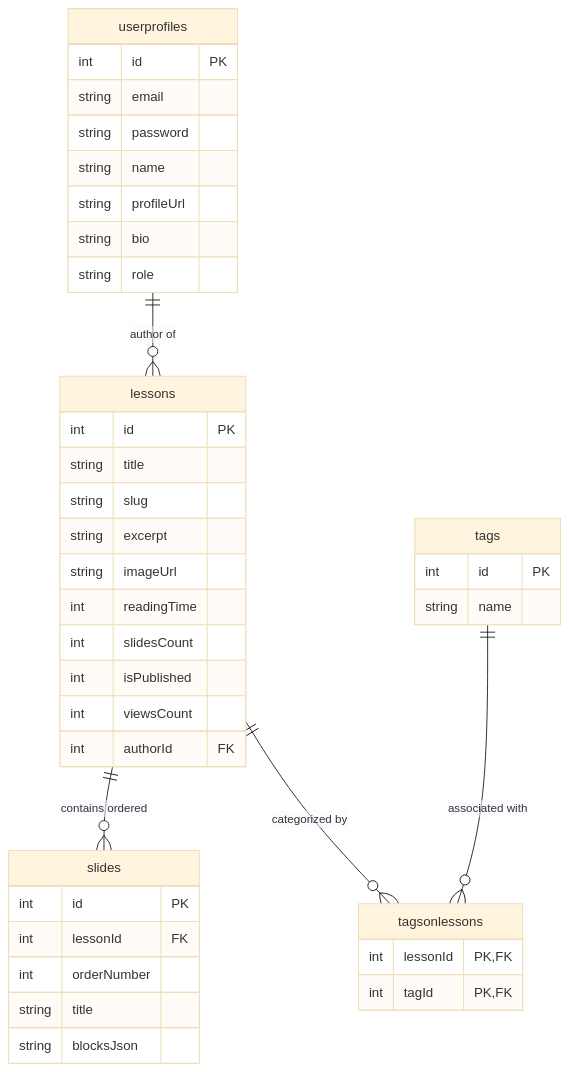
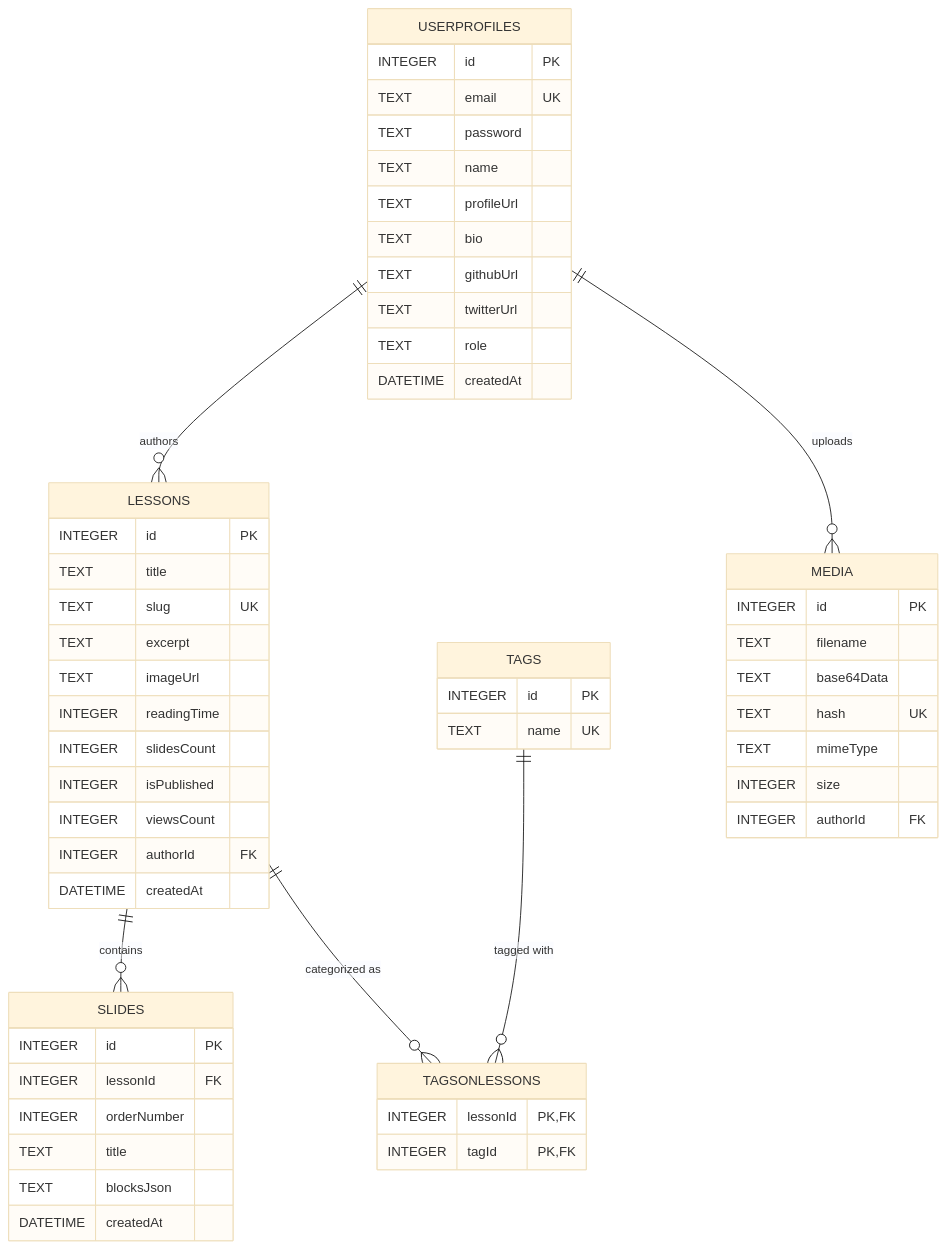
Before and after one commit to phaneendra73/notes: the diagram in README.md, drawn with Mermaid (base theme). The commit also changed other lines of this file and 7 other files, not shown here.

````diff
--- a/README.md
+++ b/README.md
@@ -103,48 +132,64 @@
 ```mermaid
 erDiagram
-    userprofiles ||--o{ lessons : "author of"
-    lessons ||--o{ slides : "contains ordered"
-    lessons ||--o{ tagsonlessons : "categorized by"
-    tags ||--o{ tagsonlessons : "associated with"
+    USERPROFILES ||--o{ LESSONS : "authors"
+    LESSONS ||--o{ SLIDES : "contains"
+    LESSONS ||--o{ TAGSONLESSONS : "categorized as"
+    TAGS ||--o{ TAGSONLESSONS : "tagged with"
+    USERPROFILES ||--o{ MEDIA : "uploads"
 
-    userprofiles {
-        int id PK
-        string email
-        string password
-        string name
-        string profileUrl
-        string bio
-        string role
+    USERPROFILES {
+        INTEGER id PK
+        TEXT email UK
+        TEXT password
+        TEXT name
+        TEXT profileUrl
+        TEXT bio
+        TEXT githubUrl
+        TEXT twitterUrl
+        TEXT role
+        DATETIME createdAt
     }
 
-    lessons {
-        int id PK
-        string title
-        string slug
-        string excerpt
-        string imageUrl
-        int readingTime
-        int slidesCount
-        int isPublished
-        int viewsCount
-        int authorId FK
+    LESSONS {
+        INTEGER id PK
+        TEXT title
+        TEXT slug UK
+        TEXT excerpt
+        TEXT imageUrl
+        INTEGER readingTime
+        INTEGER slidesCount
+        INTEGER isPublished
+        INTEGER viewsCount
+        INTEGER authorId FK
+        DATETIME createdAt
     }
 
-    slides {
-        int id PK
-        int lessonId FK
-        int orderNumber
-        string title
-        string blocksJson
+    SLIDES {
+        INTEGER id PK
+        INTEGER lessonId FK
+        INTEGER orderNumber
+        TEXT title
+        TEXT blocksJson
+        DATETIME createdAt
     }
 
-    tags {
-        int id PK
-        string name
+    TAGS {
+        INTEGER id PK
+        TEXT name UK
     }
 
-    tagsonlessons {
-        int lessonId PK,FK
-        int tagId PK,FK
+    TAGSONLESSONS {
+        INTEGER lessonId PK,FK
+        INTEGER tagId PK,FK
+    }
+
+    MEDIA {
+        INTEGER id PK
+        TEXT filename
+        TEXT base64Data
+        TEXT hash UK
+        TEXT mimeType
+        INTEGER size
+        INTEGER authorId FK
     }
 ```
````
